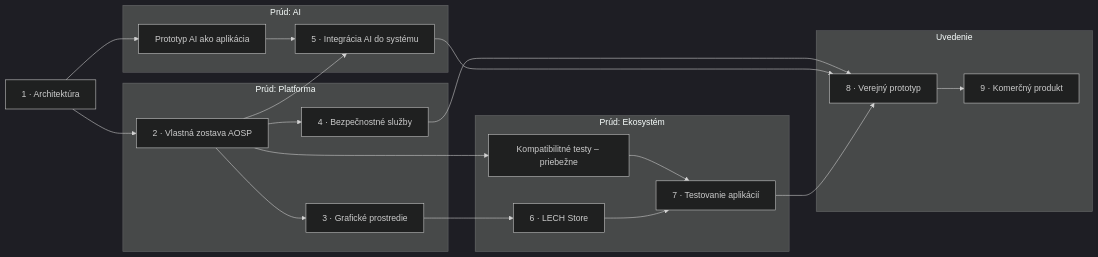
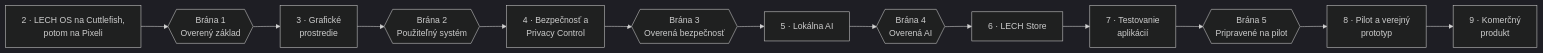
The diagram in docs/08-plan-etap.md (Virivkyonline/Lech-OS), drawn with Mermaid (dark theme) before and after one commit. The commit also changed other lines of this file and 15 other files, not shown here.

First line of the commit message:
Spätná väzba vlastníka: Privacy Control, Identity, banky, aktualizácie a postupný vývoj

````diff
--- a/docs/08-plan-etap.md
+++ b/docs/08-plan-etap.md
@@ -16,38 +12,9 @@
 ```mermaid
 flowchart LR
-    E1["1 · Architektúra"]
-
-    subgraph PLAT["Prúd: Platforma"]
-        E2["2 · Vlastná zostava AOSP"]
-        E3["3 · Grafické prostredie"]
-        E4["4 · Bezpečnostné služby"]
-    end
-    subgraph AI["Prúd: AI"]
-        P5["Prototyp AI ako aplikácia"]
-        E5["5 · Integrácia AI do systému"]
-    end
-    subgraph EKO["Prúd: Ekosystém"]
-        K["Kompatibilitné testy – priebežne"]
-        E6["6 · LECH Store"]
-        E7["7 · Testovanie aplikácií"]
-    end
-    subgraph UV["Uvedenie"]
-        E8["8 · Verejný prototyp"]
-        E9["9 · Komerčný produkt"]
-    end
-
-    E1 --> E2
-    E1 --> P5
-    E2 --> E3
-    E2 --> E4
-    E2 --> K
-    P5 --> E5
-    E2 --> E5
-    E3 --> E6
-    K --> E7
-    E6 --> E7
-    E4 --> E8
-    E5 --> E8
-    E7 --> E8
-    E8 --> E9
+    E2["2 · LECH OS na Cuttlefish,<br/>potom na Pixeli"] --> B1{{"Brána 1<br/>Overený základ"}}
+    B1 --> E3["3 · Grafické<br/>prostredie"] --> B2{{"Brána 2<br/>Použiteľný systém"}}
+    B2 --> E4["4 · Bezpečnosť a<br/>Privacy Control"] --> B3{{"Brána 3<br/>Overená bezpečnosť"}}
+    B3 --> E5["5 · Lokálna AI"] --> B4{{"Brána 4<br/>Overená AI"}}
+    B4 --> E6["6 · LECH Store"] --> E7["7 · Testovanie<br/>aplikácií"] --> B5{{"Brána 5<br/>Pripravené na pilot"}}
+    B5 --> E8["8 · Pilot a verejný<br/>prototyp"] --> E9["9 · Komerčný<br/>produkt"]
 ```
````
